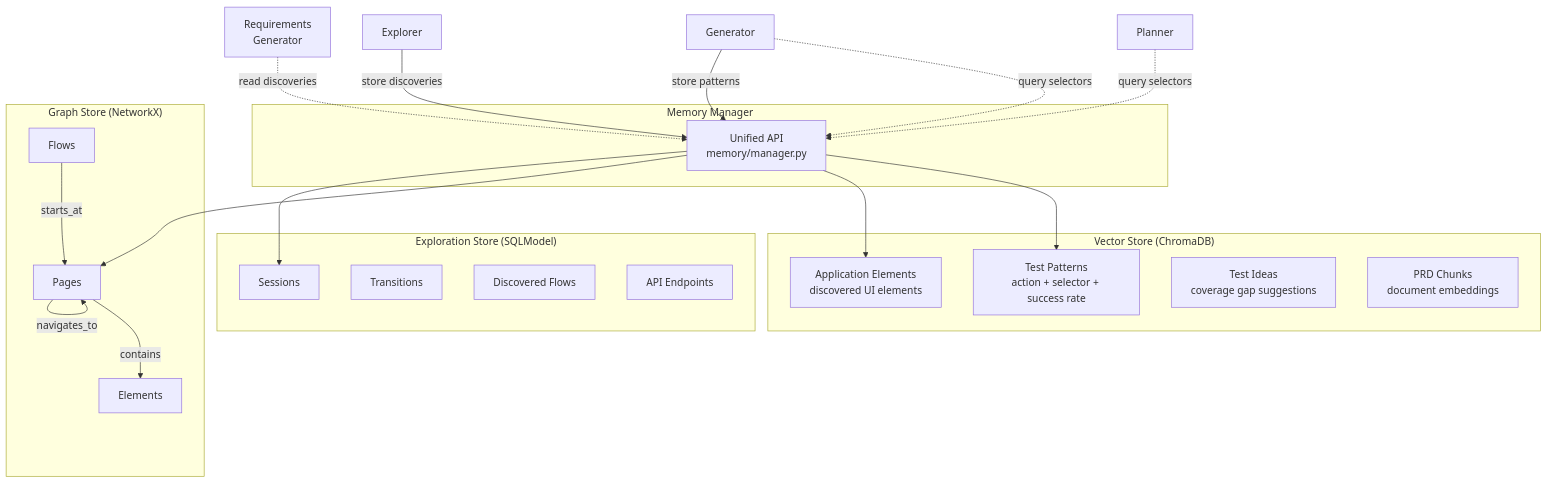
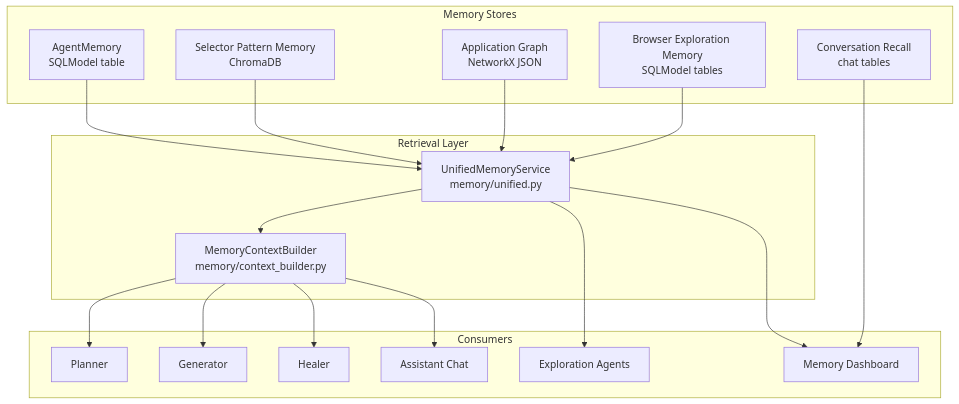
The diagram in docs/explanation/memory-system.md (NihadMemmedli/quorvex_ai), drawn with Mermaid before and after one commit. The commit also changed other lines of this file and 122 other files, not shown here.

First line of the commit message:
feat: expand unified memory, autonomous QA, and technical documentation

````diff
--- a/docs/explanation/memory-system.md
+++ b/docs/explanation/memory-system.md
@@ -16,37 +25,37 @@
 ```mermaid
 graph TB
-    subgraph "Memory Manager"
-        MM["Unified API<br/>memory/manager.py"]
+    subgraph "Retrieval Layer"
+        UMS["UnifiedMemoryService<br/>memory/unified.py"]
+        MCB["MemoryContextBuilder<br/>memory/context_builder.py"]
     end
 
-    subgraph "Vector Store (ChromaDB)"
-        TP["Test Patterns<br/>action + selector + success rate"]
-        AE["Application Elements<br/>discovered UI elements"]
-        TI["Test Ideas<br/>coverage gap suggestions"]
-        PRD["PRD Chunks<br/>document embeddings"]
+    subgraph "Memory Stores"
+        AM["AgentMemory<br/>SQLModel table"]
+        TP["Selector Pattern Memory<br/>ChromaDB"]
+        BG["Application Graph<br/>NetworkX JSON"]
+        BM["Browser Exploration Memory<br/>SQLModel tables"]
+        CR["Conversation Recall<br/>chat tables"]
     end
 
-    subgraph "Graph Store (NetworkX)"
-        PAGES["Pages"] -->|"contains"| ELEMENTS["Elements"]
-        PAGES -->|"navigates_to"| PAGES
-        FLOWS["Flows"] -->|"starts_at"| PAGES
+    subgraph "Consumers"
+        PL["Planner"]
+        GE["Generator"]
+        HE["Healer"]
+        CH["Assistant Chat"]
+        EX["Exploration Agents"]
+        UI["Memory Dashboard"]
     end
 
-    subgraph "Exploration Store (SQLModel)"
-        SESS["Sessions"]
-        TRANS["Transitions"]
-        DFLOWS["Discovered Flows"]
-        APIS["API Endpoints"]
-    end
-
-    MM --> TP
-    MM --> AE
-    MM --> PAGES
-    MM --> SESS
-
-    PLANNER["Planner"] -.->|"query selectors"| MM
-    GENERATOR["Generator"] -.->|"query selectors"| MM
-    GENERATOR -->|"store patterns"| MM
-    EXPLORER["Explorer"] -->|"store discoveries"| MM
-    REQ_GEN["Requirements<br/>Generator"] -.->|"read discoveries"| MM
+    AM --> UMS
+    TP --> UMS
+    BG --> UMS
+    BM --> UMS
+    CR --> UI
+    UMS --> MCB
+    MCB --> PL
+    MCB --> GE
+    MCB --> HE
+    MCB --> CH
+    UMS --> EX
+    UMS --> UI
 ```
````
